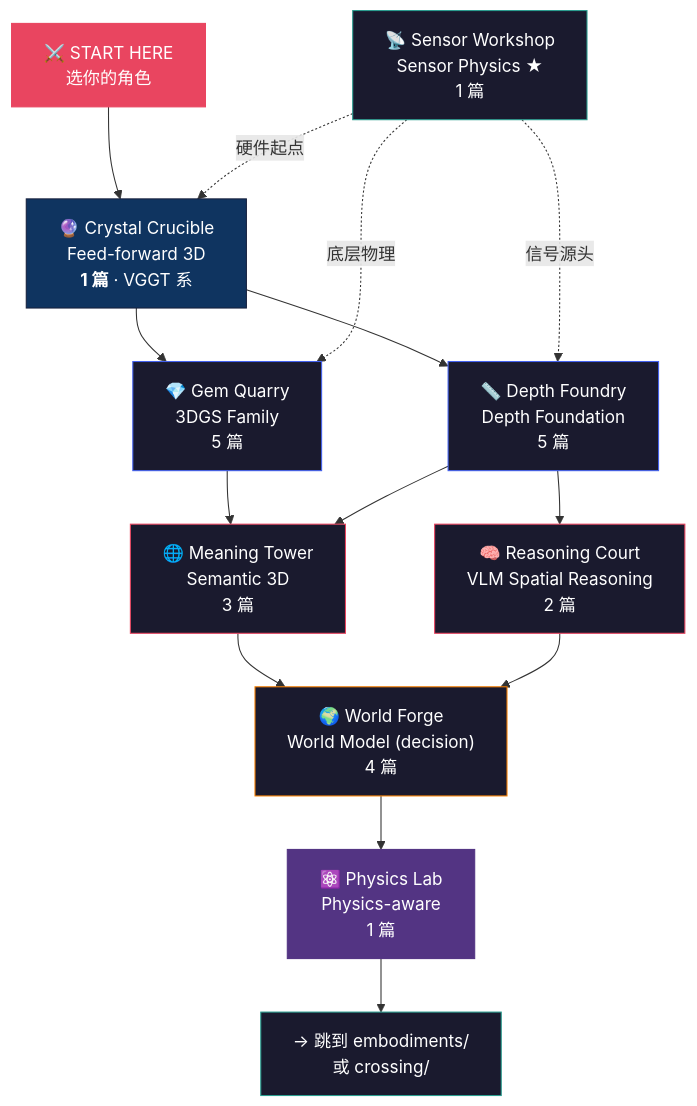
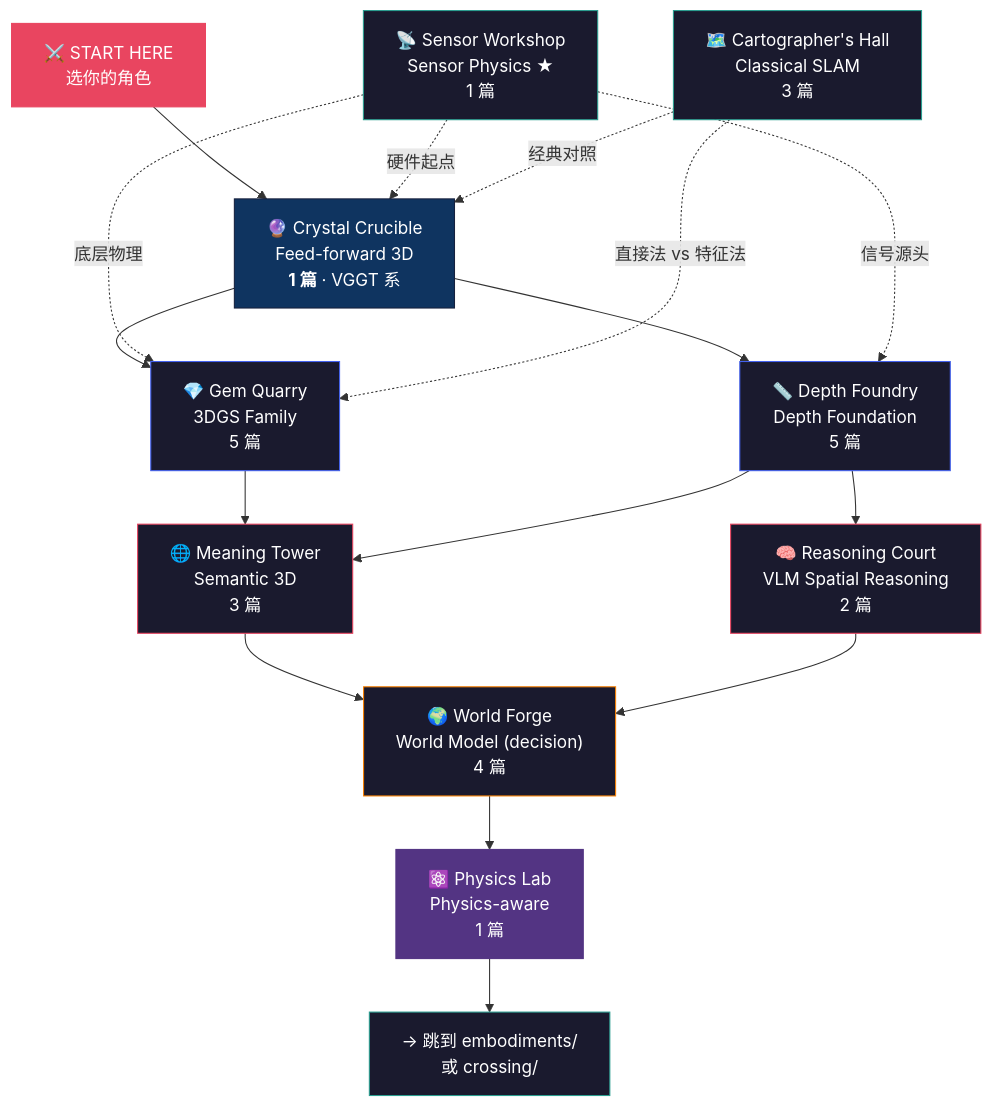
One commit to sou350121/Spatial-Intelligence-Handbook changed the diagram in foundations/README.md. Above: the diagram before and after it, drawn with Mermaid. The commit also changed other lines of this file and 4 other files, not shown here.

First line of the commit message:
feat(foundations): + classical-slam zone (ORB-SLAM3 / direct methods / toolchain)

````diff
--- a/foundations/README.md
+++ b/foundations/README.md
@@ -29,33 +30,37 @@
 ```mermaid
 graph TD
     START["⚔️ START HERE<br/>选你的角色"] --> FF["🔮 Crystal Crucible<br/>Feed-forward 3D<br/><b>1 篇</b> · VGGT 系"]
 
     FF --> GS["💎 Gem Quarry<br/>3DGS Family<br/>5 篇"]
     FF --> DF["📏 Depth Foundry<br/>Depth Foundation<br/>5 篇"]
 
     GS --> SM["🌐 Meaning Tower<br/>Semantic 3D<br/>3 篇"]
     DF --> SM
     DF --> VLM["🧠 Reasoning Court<br/>VLM Spatial Reasoning<br/>2 篇"]
 
     SM --> WM["🌍 World Forge<br/>World Model (decision)<br/>4 篇"]
     VLM --> WM
 
     WM --> PHY["⚛️ Physics Lab<br/>Physics-aware<br/>1 篇"]
 
     SP["📡 Sensor Workshop<br/>Sensor Physics ★<br/>1 篇"] -.->|硬件起点| FF
     SP -.->|底层物理| GS
     SP -.->|信号源头| DF
 
     PHY --> NEXT["→ 跳到 embodiments/<br/>或 crossing/"]
 
+    CS["🗺️ Cartographer's Hall<br/>Classical SLAM<br/>3 篇"] -.->|经典对照| FF
+    CS -.->|直接法 vs 特征法| GS
+
     style START fill:#e94560,stroke:#e94560,color:#fff
     style FF fill:#0f3460,stroke:#16213e,color:#fff
     style GS fill:#1a1a2e,stroke:#4361ee,color:#fff
     style DF fill:#1a1a2e,stroke:#4361ee,color:#fff
     style SM fill:#1a1a2e,stroke:#e94560,color:#fff
     style VLM fill:#1a1a2e,stroke:#e94560,color:#fff
     style WM fill:#1a1a2e,stroke:#f77f00,color:#fff
     style PHY fill:#533483,stroke:#533483,color:#fff
     style SP fill:#1a1a2e,stroke:#2a9d8f,color:#fff
     style NEXT fill:#1a1a2e,stroke:#2a9d8f,color:#fff
+    style CS fill:#1a1a2e,stroke:#2a9d8f,color:#fff
 ```
````
